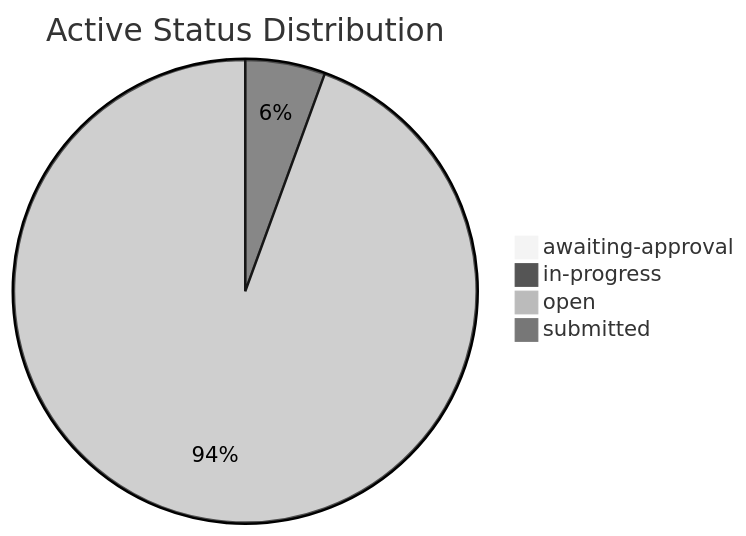
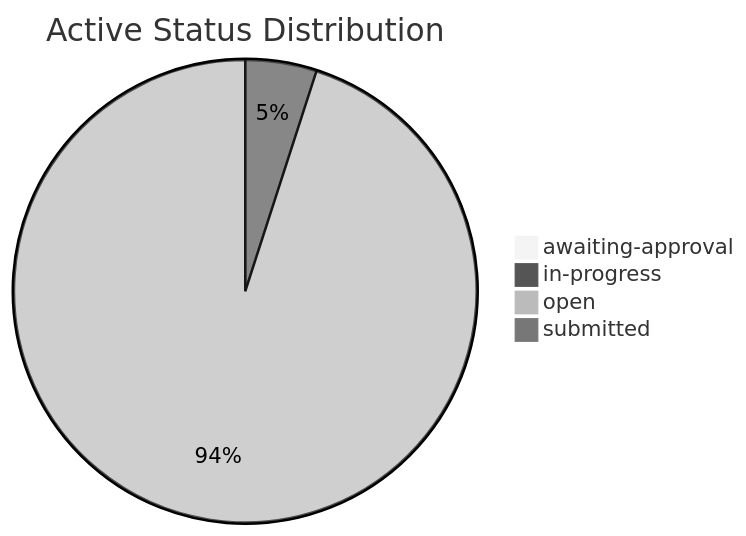
One commit to mgosal/5et.uk changed the second of 3 diagrams in dashboard.md. Above: the diagram before and after it, drawn with Mermaid (neutral theme). The commit also changed other lines of this file and 6 other files, not shown here.

````diff
--- a/dashboard.md
+++ b/dashboard.md
@@ -310,7 +584,7 @@
 ```mermaid
 pie title Active Status Distribution
     "awaiting-approval" : 1
     "in-progress" : 13
-    "open" : 220
+    "open" : 248
     "submitted" : 1
 ```
````
